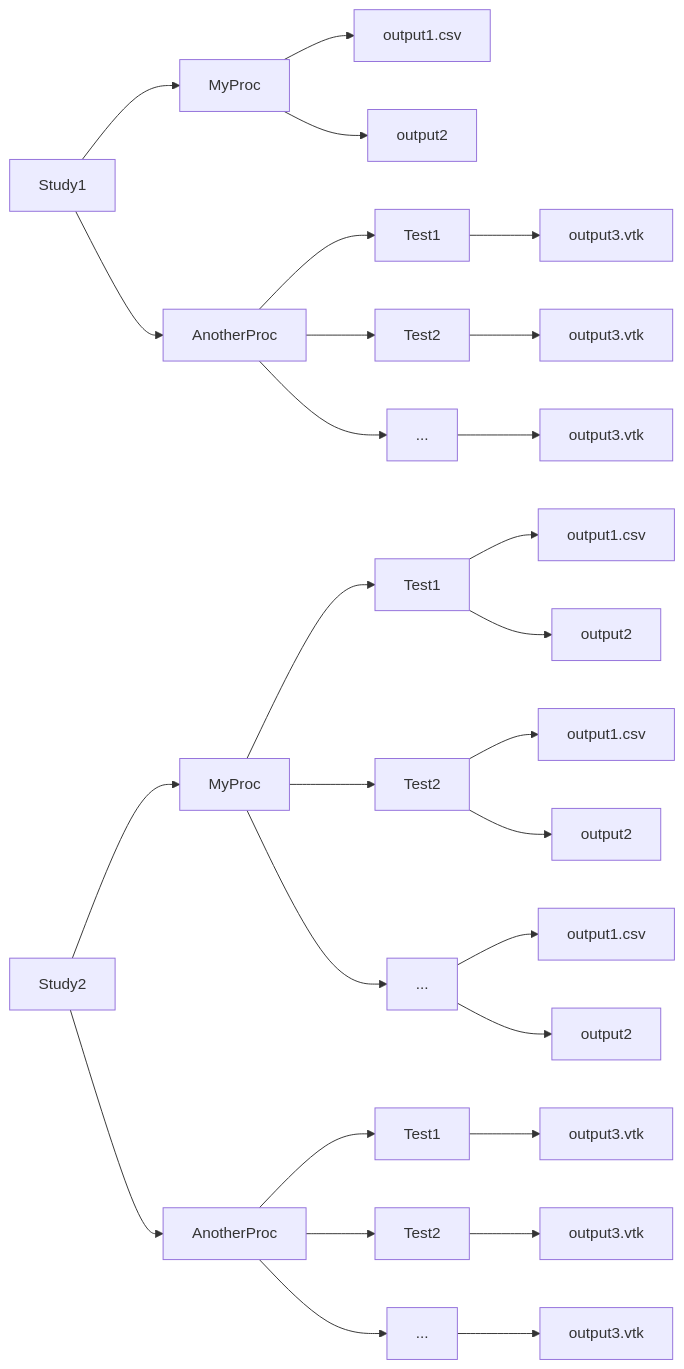
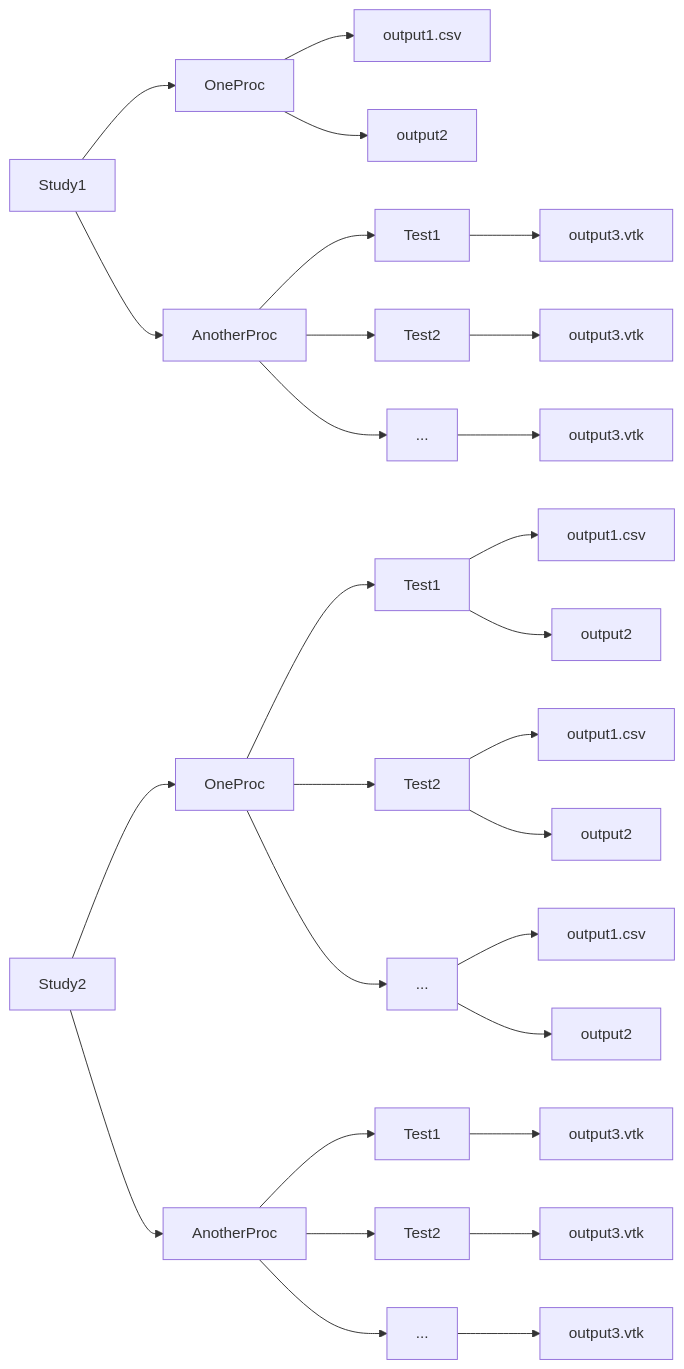
Before and after one commit to nuremics/nuremics: diagram 17 of 17 in README.md, drawn with Mermaid. The commit also changed other lines of this file, not shown here.

````diff
--- a/README.md
+++ b/README.md
@@ -542,41 +542,41 @@
 ```mermaid
 flowchart LR
-    Study1 --> Study1_MyProc["MyProc"]
+    Study1 --> Study1_OneProc["OneProc"]
     Study1 --> Study1_AnotherProc["AnotherProc"]
 
-    Study1_MyProc --> Study1_MyProc_Common_output1["output1.csv"]
-    Study1_MyProc --> Study1_MyProc_Common_output2["output2"]
+    Study1_OneProc --> Study1_OneProc_Common_output1["output1.csv"]
+    Study1_OneProc --> Study1_OneProc_Common_output2["output2"]
 
     Study1_AnotherProc --> Study1_AnotherProc_Test1["Test1"]
     Study1_AnotherProc --> Study1_AnotherProc_Test2["Test2"]
     Study1_AnotherProc --> Study1_AnotherProc_Test3["..."]
 
     Study1_AnotherProc_Test1 --> Study1_AnotherProc_Test1_output3["output3.vtk"]
     Study1_AnotherProc_Test2 --> Study1_AnotherProc_Test2_output3["output3.vtk"]
     Study1_AnotherProc_Test3 --> Study1_AnotherProc_Test3_output3["output3.vtk"]
 
 
 
 
-    Study2 --> Study2_MyProc["MyProc"]
+    Study2 --> Study2_OneProc["OneProc"]
     Study2 --> Study2_AnotherProc["AnotherProc"]
 
-    Study2_MyProc --> Study2_MyProc_Test1["Test1"]
-    Study2_MyProc --> Study2_MyProc_Test2["Test2"]
-    Study2_MyProc --> Study2_MyProc_Test3["..."]
+    Study2_OneProc --> Study2_OneProc_Test1["Test1"]
+    Study2_OneProc --> Study2_OneProc_Test2["Test2"]
+    Study2_OneProc --> Study2_OneProc_Test3["..."]
 
-    Study2_MyProc_Test1 --> Study2_MyProc_Test1_output1["output1.csv"]
-    Study2_MyProc_Test1 --> Study2_MyProc_Test1_output2["output2"]
-    Study2_MyProc_Test2 --> Study2_MyProc_Test2_output1["output1.csv"]
-    Study2_MyProc_Test2 --> Study2_MyProc_Test2_output2["output2"]
-    Study2_MyProc_Test3 --> Study2_MyProc_Test3_output1["output1.csv"]
-    Study2_MyProc_Test3 --> Study2_MyProc_Test3_output2["output2"]
+    Study2_OneProc_Test1 --> Study2_OneProc_Test1_output1["output1.csv"]
+    Study2_OneProc_Test1 --> Study2_OneProc_Test1_output2["output2"]
+    Study2_OneProc_Test2 --> Study2_OneProc_Test2_output1["output1.csv"]
+    Study2_OneProc_Test2 --> Study2_OneProc_Test2_output2["output2"]
+    Study2_OneProc_Test3 --> Study2_OneProc_Test3_output1["output1.csv"]
+    Study2_OneProc_Test3 --> Study2_OneProc_Test3_output2["output2"]
 
     Study2_AnotherProc --> Study2_AnotherProc_Test1["Test1"]
     Study2_AnotherProc --> Study2_AnotherProc_Test2["Test2"]
     Study2_AnotherProc --> Study2_AnotherProc_Test3["..."]
 
     Study2_AnotherProc_Test1 --> Study2_AnotherProc_Test1_output3["output3.vtk"]
     Study2_AnotherProc_Test2 --> Study2_AnotherProc_Test2_output3["output3.vtk"]
     Study2_AnotherProc_Test3 --> Study2_AnotherProc_Test3_output3["output3.vtk"]
 ```
````
